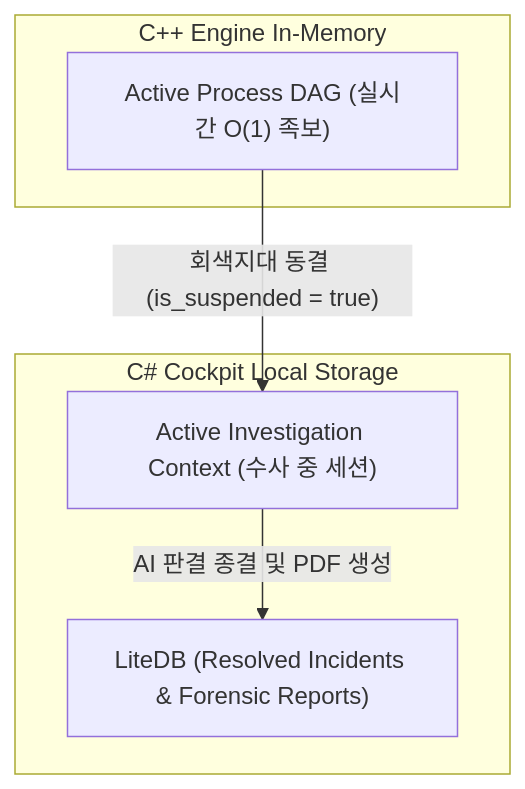
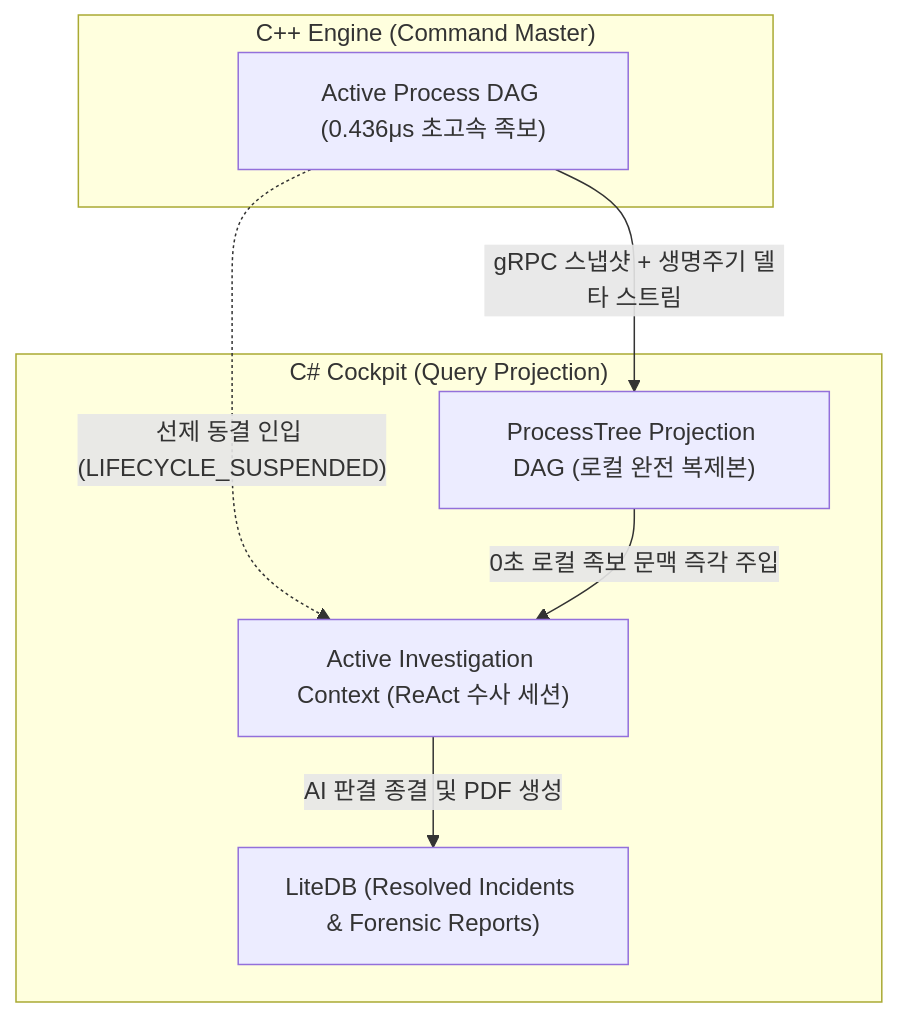
Before and after one commit to jin20203458/Obsidian.Agent: the second of 2 diagrams in Phalanx/docs/02_ai_agent_investigation_design.md, drawn with Mermaid. The commit also changed other lines of this file and 5 other files, not shown here.

````diff
--- a/Phalanx/docs/02_ai_agent_investigation_design.md
+++ b/Phalanx/docs/02_ai_agent_investigation_design.md
@@ -79,14 +79,17 @@
 ```mermaid
 flowchart TD
-    subgraph CPP_RAM ["C++ Engine In-Memory"]
-        Active["Active Process DAG (실시간 O(1) 족보)"]
+    subgraph CPP_RAM ["C++ Engine (Command Master)"]
+        Active["Active Process DAG (0.436μs 초고속 족보)"]
     end
 
-    subgraph CS_APP ["C# Cockpit Local Storage"]
-        Investigate["Active Investigation Context (수사 중 세션)"]
+    subgraph CS_RAM ["C# Cockpit (Query Projection)"]
+        TreeProjection["ProcessTree Projection DAG (로컬 완전 복제본)"]
+        Investigate["Active Investigation Context (ReAct 수사 세션)"]
         ColdArchive["LiteDB (Resolved Incidents & Forensic Reports)"]
     end
 
-    Active -->|"회색지대 동결 (is_suspended = true)"| Investigate
+    Active -->|"gRPC 스냅샷 + 생명주기 델타 스트림"| TreeProjection
+    Active -.->|"선제 동결 인입 (LIFECYCLE_SUSPENDED)"| Investigate
+    TreeProjection -->|"0초 로컬 족보 문맥 즉각 주입"| Investigate
     Investigate -->|"AI 판결 종결 및 PDF 생성"| ColdArchive
 ```
````
